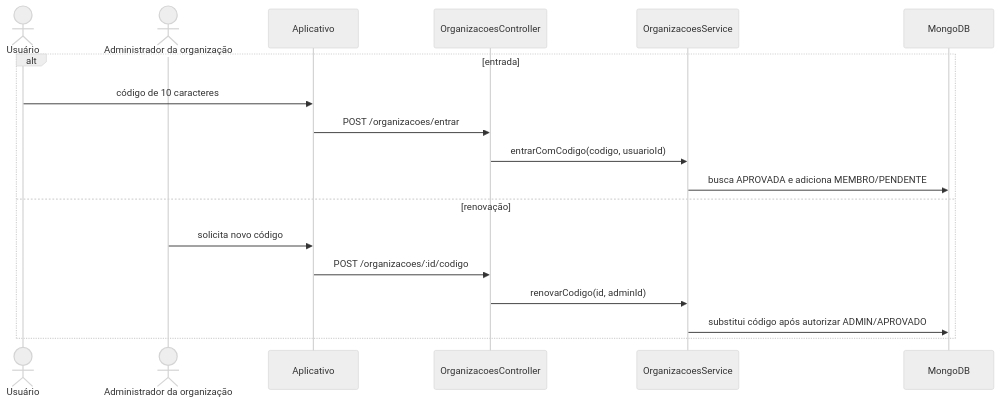
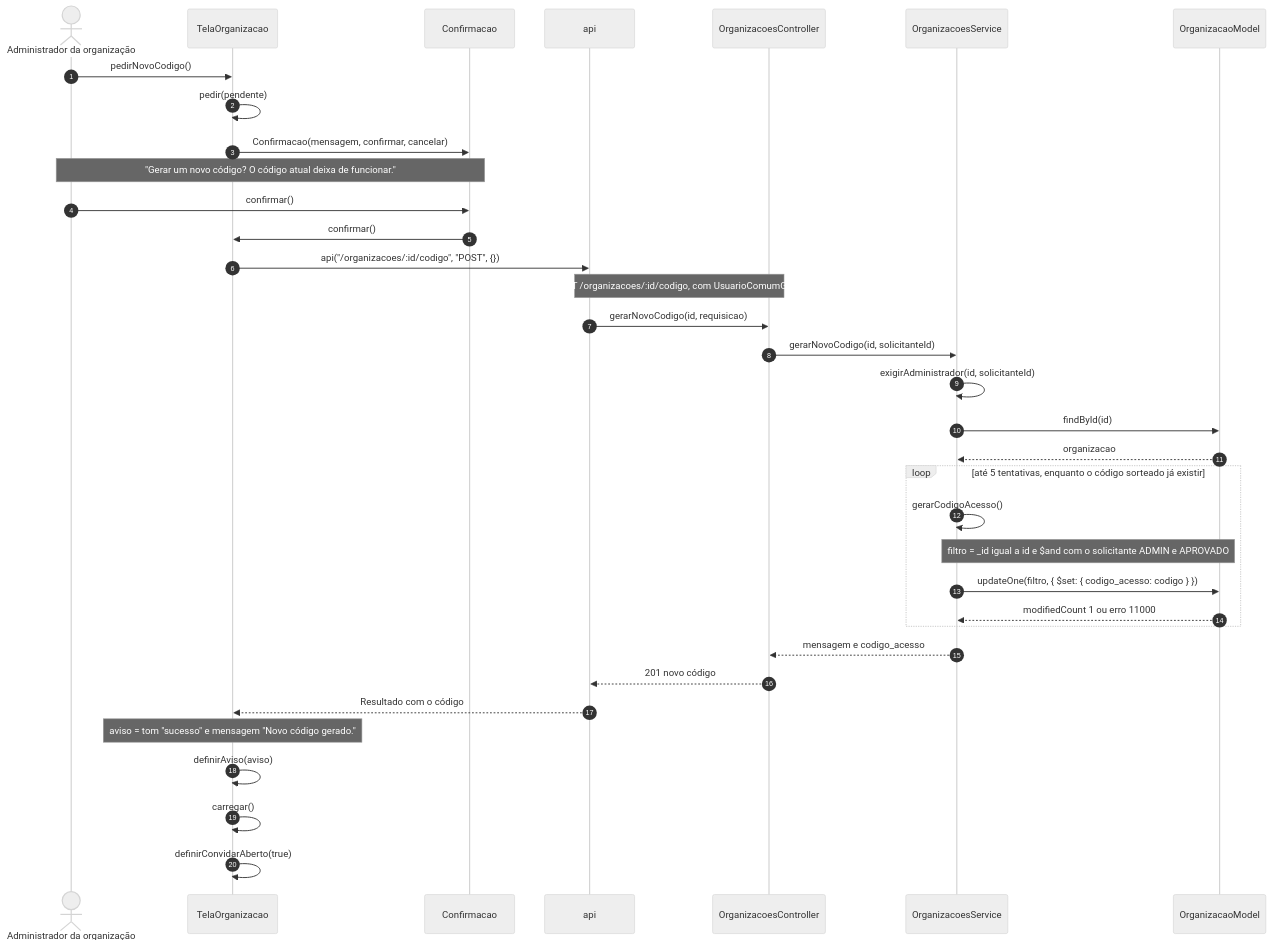
Diagram 11 of 15 in 2 - Incremento1/cadastro-organizacao/6 - diagramas-sequencia-cadastro-organizacao.md (Conecta-IFSP/DOCUMENTATION), drawn with Mermaid (neutral theme) before and after one commit. The commit also changed other lines of this file and 54 other files, not shown here.

````diff
--- a/2 - Incremento1/cadastro-organizacao/6 - diagramas-sequencia-cadastro-organizacao.md
+++ b/2 - Incremento1/cadastro-organizacao/6 - diagramas-sequencia-cadastro-organizacao.md
@@ -79,20 +416,37 @@
 ```mermaid
 sequenceDiagram
-    actor U as Usuário
-    actor A as Administrador da organização
-    participant T as Aplicativo
+    autonumber
+    actor U as Administrador da organização
+    participant T as TelaOrganizacao
+    participant D as Confirmacao
+    participant A as api
     participant C as OrganizacoesController
     participant S as OrganizacoesService
-    participant DB as MongoDB
-    alt entrada
-        U->>T: código de 10 caracteres
-        T->>C: POST /organizacoes/entrar
-        C->>S: entrarComCodigo(codigo, usuarioId)
-        S->>DB: busca APROVADA e adiciona MEMBRO/PENDENTE
-    else renovação
-        A->>T: solicita novo código
-        T->>C: POST /organizacoes/:id/codigo
-        C->>S: renovarCodigo(id, adminId)
-        S->>DB: substitui código após autorizar ADMIN/APROVADO
+    participant M as OrganizacaoModel
+    U->>T: pedirNovoCodigo()
+    T->>T: pedir(pendente)
+    T->>D: Confirmacao(mensagem, confirmar, cancelar)
+    Note over U,D: "Gerar um novo código? O código atual deixa de funcionar."
+    U->>D: confirmar()
+    D->>T: confirmar()
+    T->>A: api("/organizacoes/:id/codigo", "POST", {})
+    Note over A,C: POST /organizacoes/:id/codigo, com UsuarioComumGuard
+    A->>C: gerarNovoCodigo(id, requisicao)
+    C->>S: gerarNovoCodigo(id, solicitanteId)
+    S->>S: exigirAdministrador(id, solicitanteId)
+    S->>M: findById(id)
+    M-->>S: organizacao
+    loop até 5 tentativas, enquanto o código sorteado já existir
+        S->>S: gerarCodigoAcesso()
+        Note over S,M: filtro = _id igual a id e $and com o solicitante ADMIN e APROVADO
+        S->>M: updateOne(filtro, { $set: { codigo_acesso: codigo } })
+        M-->>S: modifiedCount 1 ou erro 11000
     end
+    S-->>C: mensagem e codigo_acesso
+    C-->>A: 201 novo código
+    A-->>T: Resultado com o código
+    Note over T: aviso = tom "sucesso" e mensagem "Novo código gerado."
+    T->>T: definirAviso(aviso)
+    T->>T: carregar()
+    T->>T: definirConvidarAberto(true)
 ```
````
